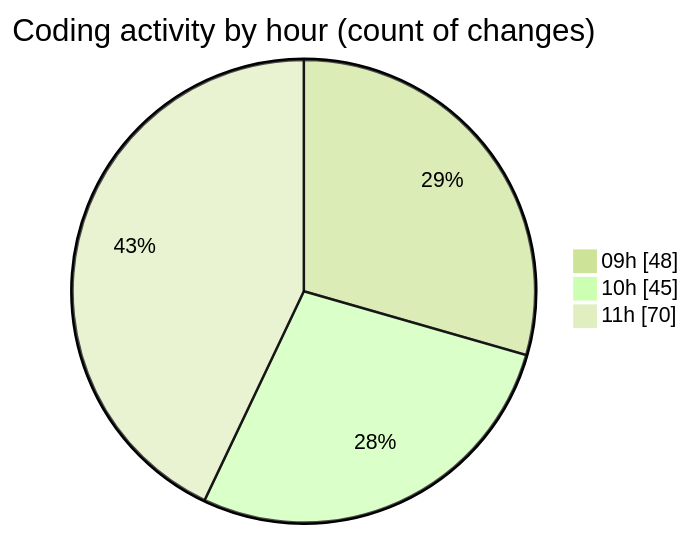
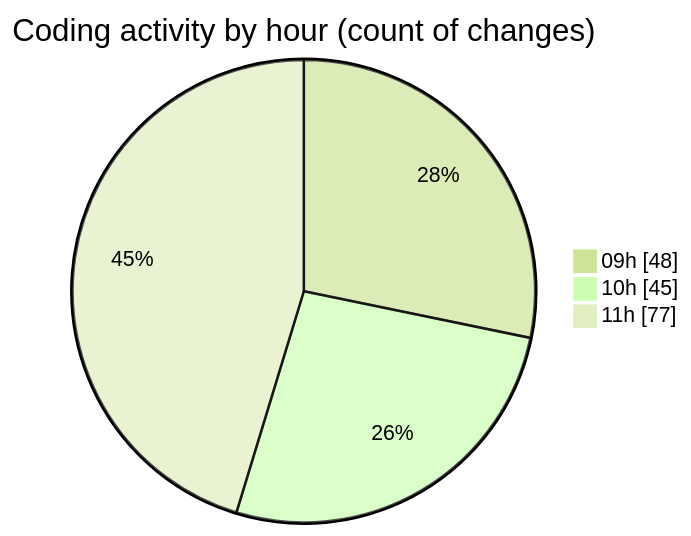
Before and after one commit to momahboobian/code-tracking: the second of 2 diagrams in 2025-03-14/cda/README.md, drawn with Mermaid (forest theme). The commit also changed other lines of this file and 1 other file, not shown here.

````diff
--- a/2025-03-14/cda/README.md
+++ b/2025-03-14/cda/README.md
@@ -45,7 +45,7 @@
 ```mermaid
 pie showData
 title Coding activity by hour (count of changes)
 "09h" : 48
 "10h" : 45
-"11h" : 70
+"11h" : 77
 ```
````
